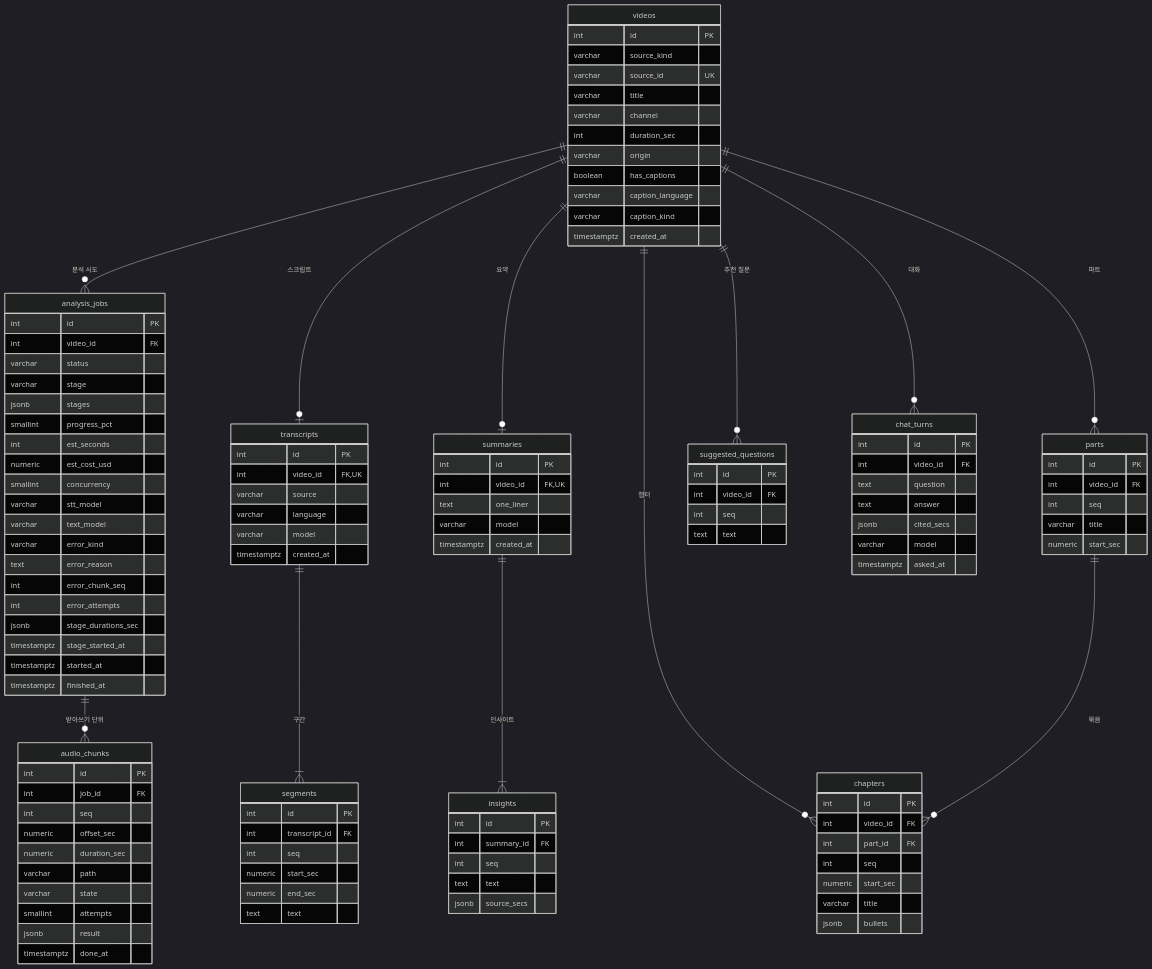
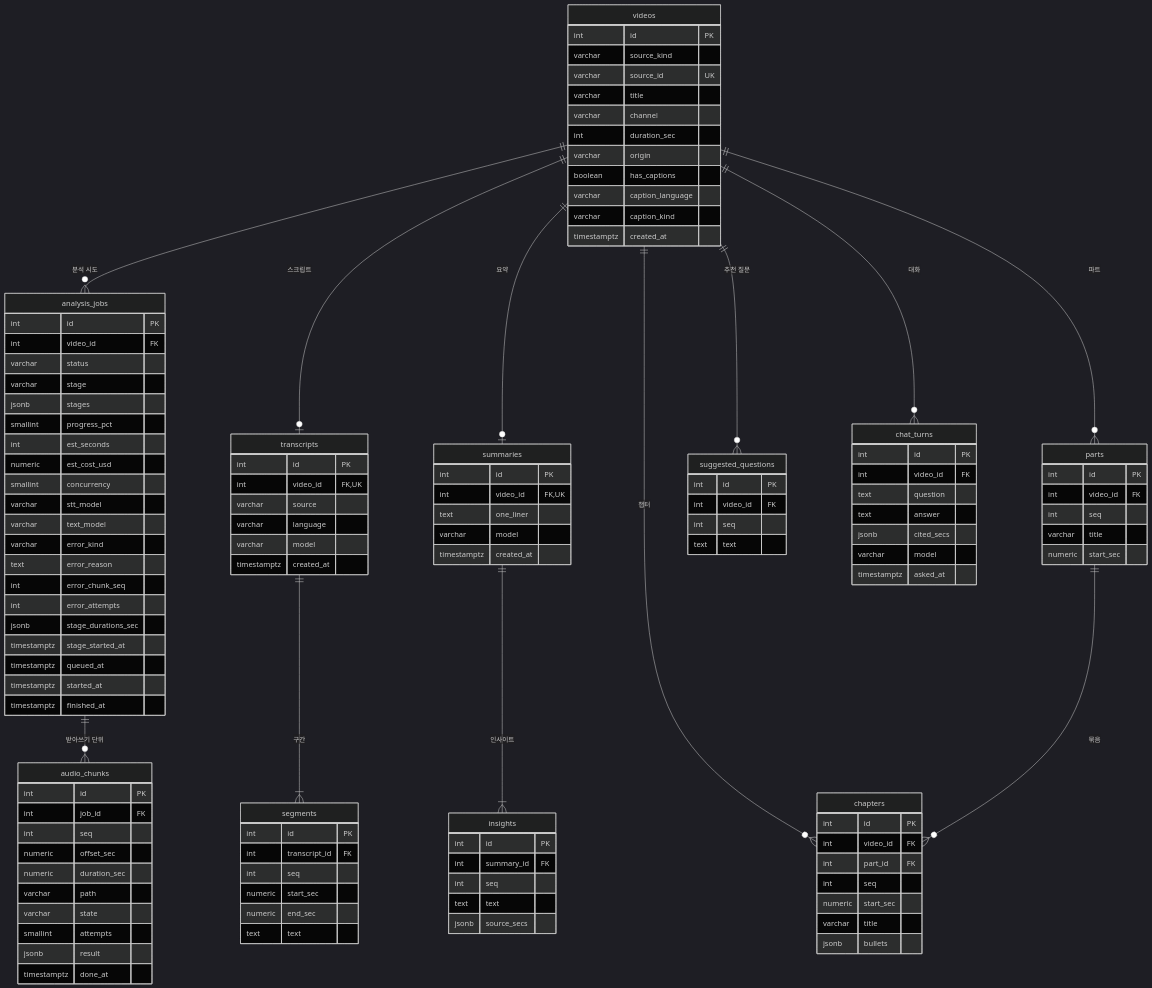
The diagram in docs/specs/06-DOM/VA-DOM-003.md (HoyoungParkme/video-agent), drawn with Mermaid (dark theme) before and after one commit. The commit also changed other lines of this file, not shown here.

Commit message:
대기열 반영 — status에 queued, queued_at 컬럼, 대기열 부분 인덱스. 설정 테이블 미결 닫음

```diff
--- a/docs/specs/06-DOM/VA-DOM-003.md
+++ b/docs/specs/06-DOM/VA-DOM-003.md
@@ -73,6 +74,7 @@
         int error_attempts
         jsonb stage_durations_sec
         timestamptz stage_started_at
+        timestamptz queued_at
         timestamptz started_at
         timestamptz finished_at
     }
```
